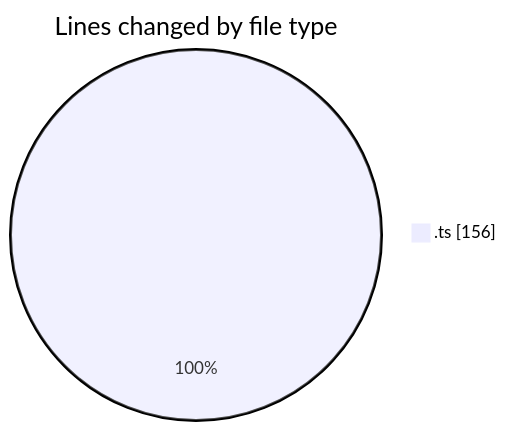
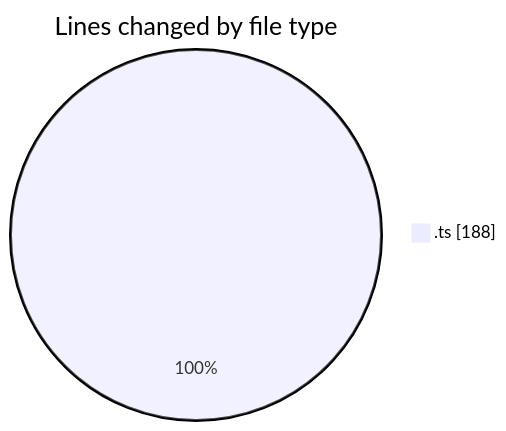
The first of 2 diagrams in 2026-02-09/singularitybrainai/README.md (tmsrecording-cyber/code-tracking), drawn with Mermaid before and after one commit. The commit also changed other lines of this file and 1 other file, not shown here.

````diff
--- a/2026-02-09/singularitybrainai/README.md
+++ b/2026-02-09/singularitybrainai/README.md
@@ -20,5 +20,5 @@
 ```mermaid
 pie showData
 title Lines changed by file type
-".ts" : 156
+".ts" : 188
 ```
````
